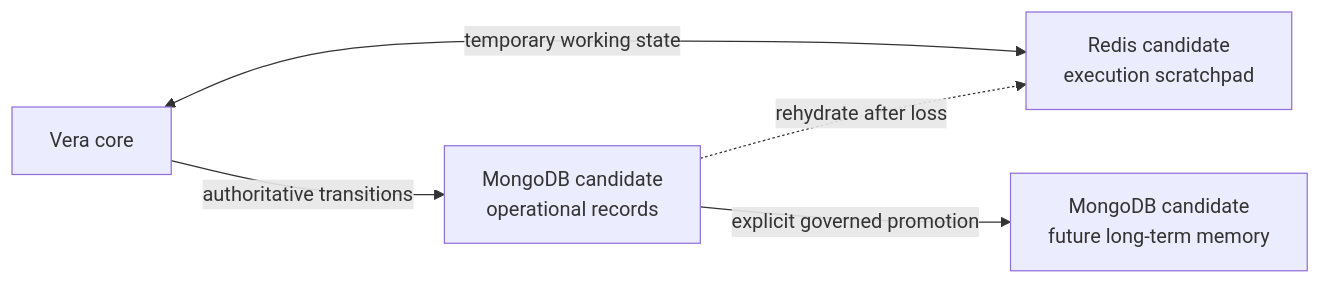
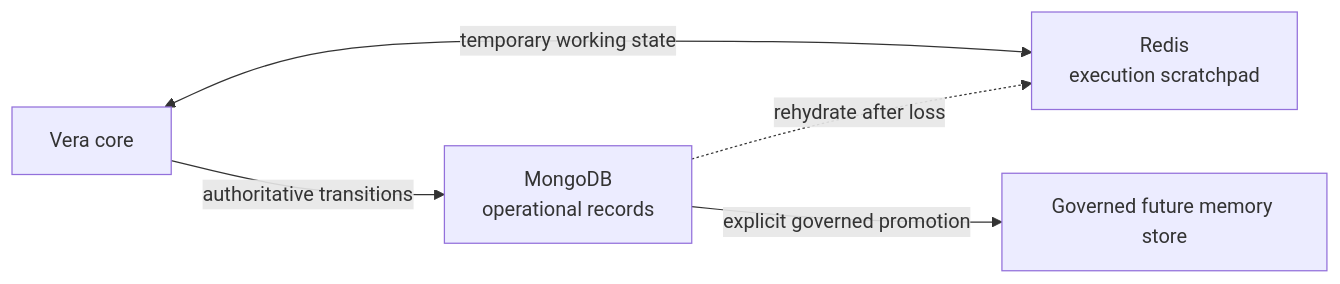
One commit to 4romgod/vera changed the third of 4 diagrams in docs/memory-and-context.md. Above: the diagram before and after it, drawn with Mermaid. The commit also changed other lines of this file and 58 other files, not shown here.

````diff
--- a/docs/memory-and-context.md
+++ b/docs/memory-and-context.md
@@ -268,7 +270,7 @@
 ```mermaid
 flowchart LR
-    CORE["Vera core"] -->|"authoritative transitions"| OPS["MongoDB candidate<br/>operational records"]
-    CORE <-->|"temporary working state"| WORK["Redis candidate<br/>execution scratchpad"]
+    CORE["Vera core"] -->|"authoritative transitions"| OPS["MongoDB<br/>operational records"]
+    CORE <-->|"temporary working state"| WORK["Redis<br/>execution scratchpad"]
     OPS -. "rehydrate after loss" .-> WORK
-    OPS -->|"explicit governed promotion"| MEMORY["MongoDB candidate<br/>future long-term memory"]
+    OPS -->|"explicit governed promotion"| MEMORY["Governed future memory store"]
 ```
````
